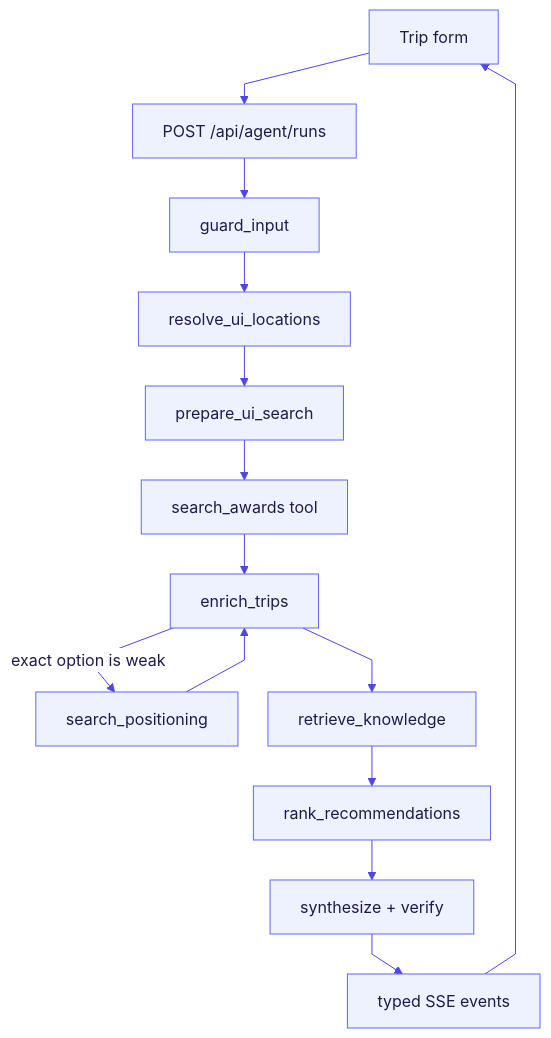
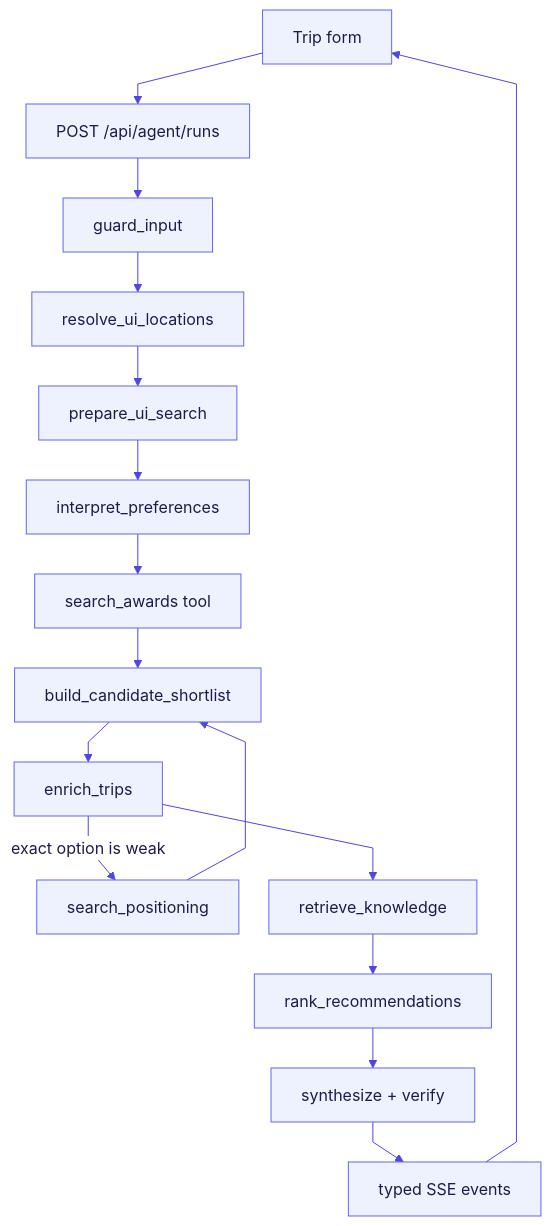
Before and after one commit to david-vest/award-travel-agent: the diagram in README.md, drawn with Mermaid. The commit also changed other lines of this file and 29 other files, not shown here.

Commit message:
feat: introduce preference interpretation and candidate shortlisting nodes to the agent graph for balanced recommendation coverage.

````diff
--- a/README.md
+++ b/README.md
@@ -44,33 +44,35 @@
 ```mermaid
 %%{init: {
   'theme': 'base',
   'themeVariables': {
     'primaryColor': '#eef2ff',
     'primaryTextColor': '#1e1b4b',
     'primaryBorderColor': '#6366f1',
     'lineColor': '#4f46e5',
     'textColor': '#1e1b4b',
     'edgeLabelBackground': '#ffffff',
     'fontSize': '16px'
   },
   'flowchart': {
     'nodeSpacing': 30,
     'rankSpacing': 40,
     'curve': 'linear'
   }
 }}%%
 flowchart TD
   UI["Trip form"] --> API["POST /api/agent/runs"]
   API --> Guard["guard_input"]
   Guard --> Resolve["resolve_ui_locations"]
   Resolve --> Form["prepare_ui_search"]
-  Form --> Search["search_awards tool"]
-  Search --> Enrich["enrich_trips"]
+  Form --> Preferences["interpret_preferences"]
+  Preferences --> Search["search_awards tool"]
+  Search --> Shortlist["build_candidate_shortlist"]
+  Shortlist --> Enrich["enrich_trips"]
   Enrich -->|"exact option is weak"| Position["search_positioning"]
-  Position --> Enrich
+  Position --> Shortlist
   Enrich --> RAG["retrieve_knowledge"]
   RAG --> Rank["rank_recommendations"]
   Rank --> Synthesize["synthesize + verify"]
   Synthesize --> SSE["typed SSE events"]
   SSE --> UI
 ```
````
